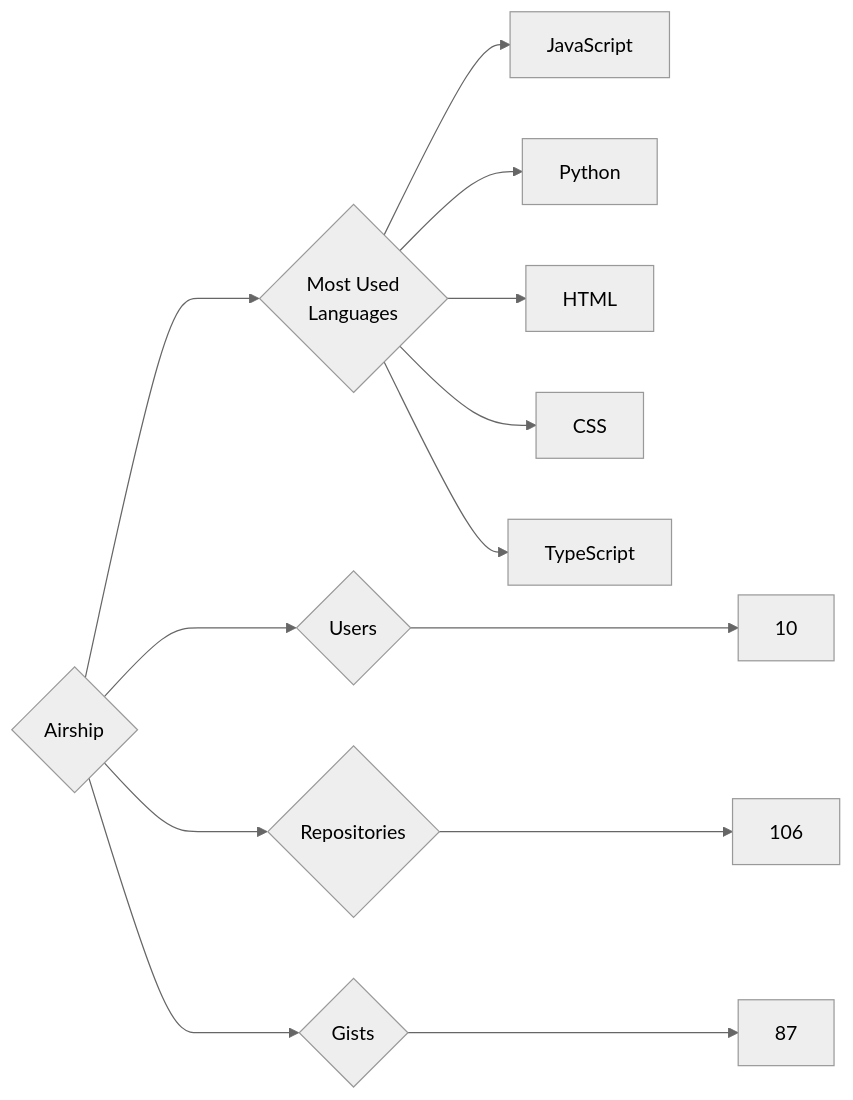
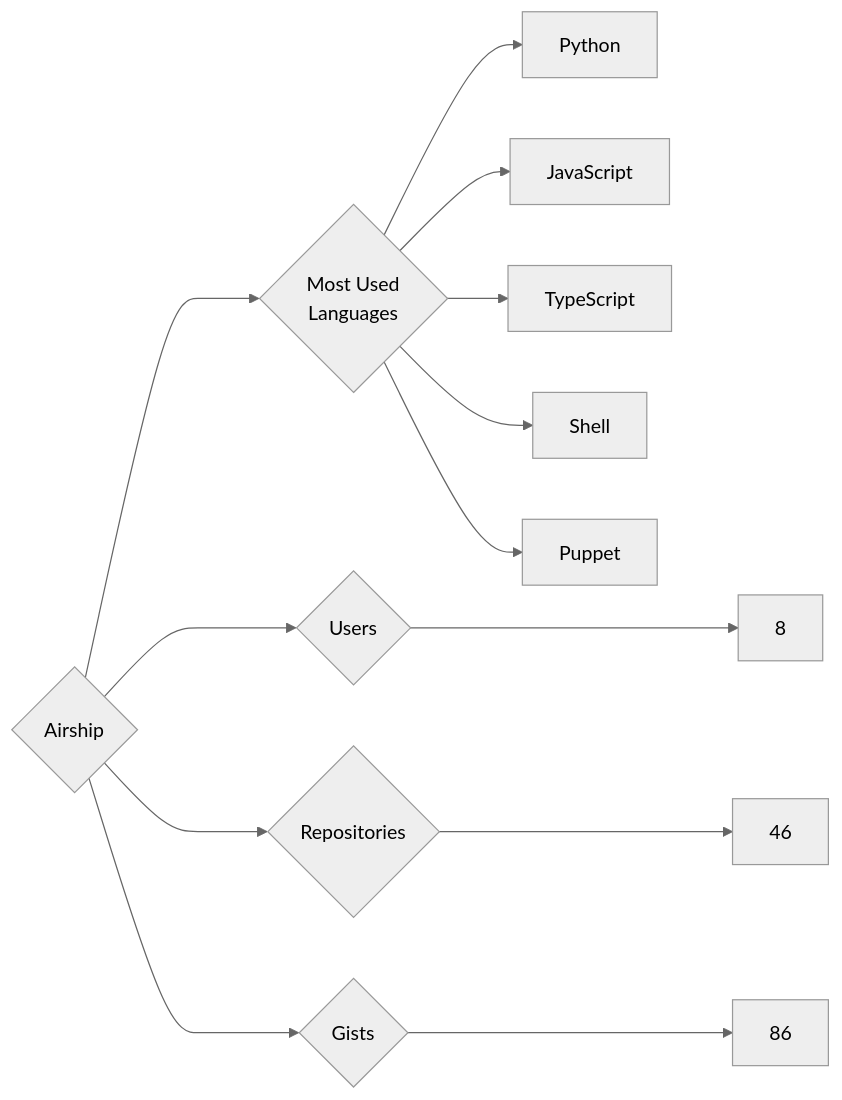
The diagram in targets/Airship/README.md (trickest/insiders), drawn with Mermaid (neutral theme) before and after one commit. The commit also changed 1055 other files, not shown here.

````diff
--- a/targets/Airship/README.md
+++ b/targets/Airship/README.md
@@ -3,13 +3,13 @@
 ```mermaid
 graph LR
 COMPANY_NAME{Airship}
-COMPANY_NAME ---> U{Users} ---> UN[10]
-COMPANY_NAME ---> R{Repositories} ---> RN[106]
-COMPANY_NAME ---> G{Gists} ---> GN[87]
+COMPANY_NAME ---> U{Users} ---> UN[8]
+COMPANY_NAME ---> R{Repositories} ---> RN[46]
+COMPANY_NAME ---> G{Gists} ---> GN[86]
 COMPANY_NAME ---> ML{Most Used<br>Languages}
+ML --> Python[Python]
 ML --> JavaScript[JavaScript]
-ML --> Python[Python]
-ML --> HTML[HTML]
-ML --> CSS[CSS]
 ML --> TypeScript[TypeScript]
+ML --> Shell[Shell]
+ML --> Puppet[Puppet]
 ```
````
